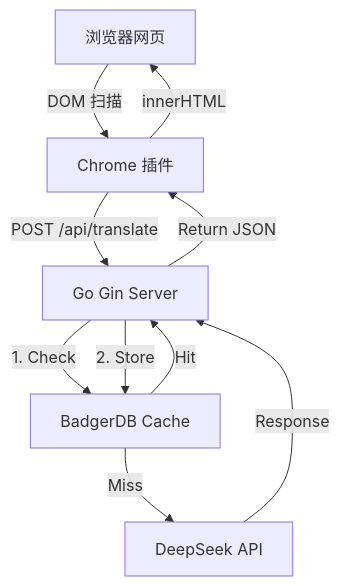
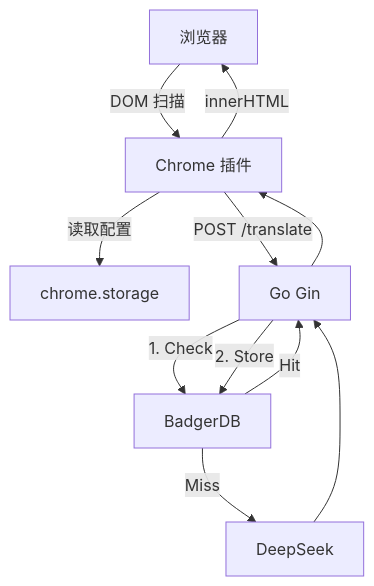
The diagram in .context/system_map.md (ReturnMars/MyImmersive), drawn with Mermaid before and after one commit. The commit also changed other lines of this file and 9 other files, not shown here.

````diff
--- a/.context/system_map.md
+++ b/.context/system_map.md
@@ -23,12 +25,13 @@
 ```mermaid
 graph TD
-    Browser[浏览器网页] -->|DOM 扫描| Ext[Chrome 插件]
-    Ext -->|POST /api/translate| Gin[Go Gin Server]
-    Gin -->|1. Check| Badger[BadgerDB Cache]
+    Browser[浏览器] -->|DOM 扫描| Ext[Chrome 插件]
+    Ext -->|读取配置| Storage[chrome.storage]
+    Ext -->|POST /translate| Gin[Go Gin]
+    Gin -->|1. Check| Badger[BadgerDB]
     Badger -- Hit --> Gin
-    Badger -- Miss --> AI[DeepSeek API]
-    AI -->|Response| Gin
+    Badger -- Miss --> AI[DeepSeek]
+    AI --> Gin
     Gin -->|2. Store| Badger
-    Gin -->|Return JSON| Ext
+    Gin --> Ext
     Ext -->|innerHTML| Browser
 ```
````
